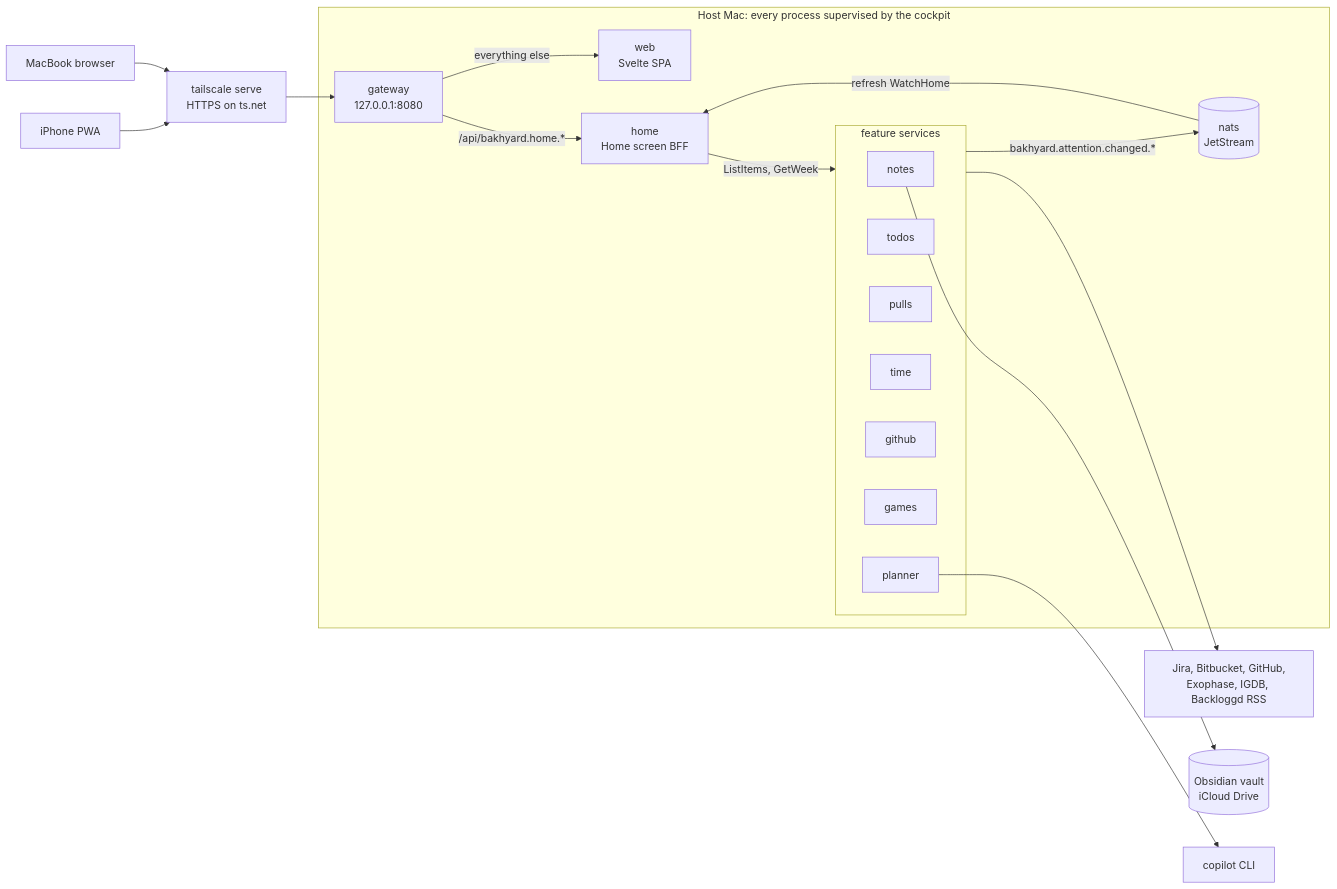
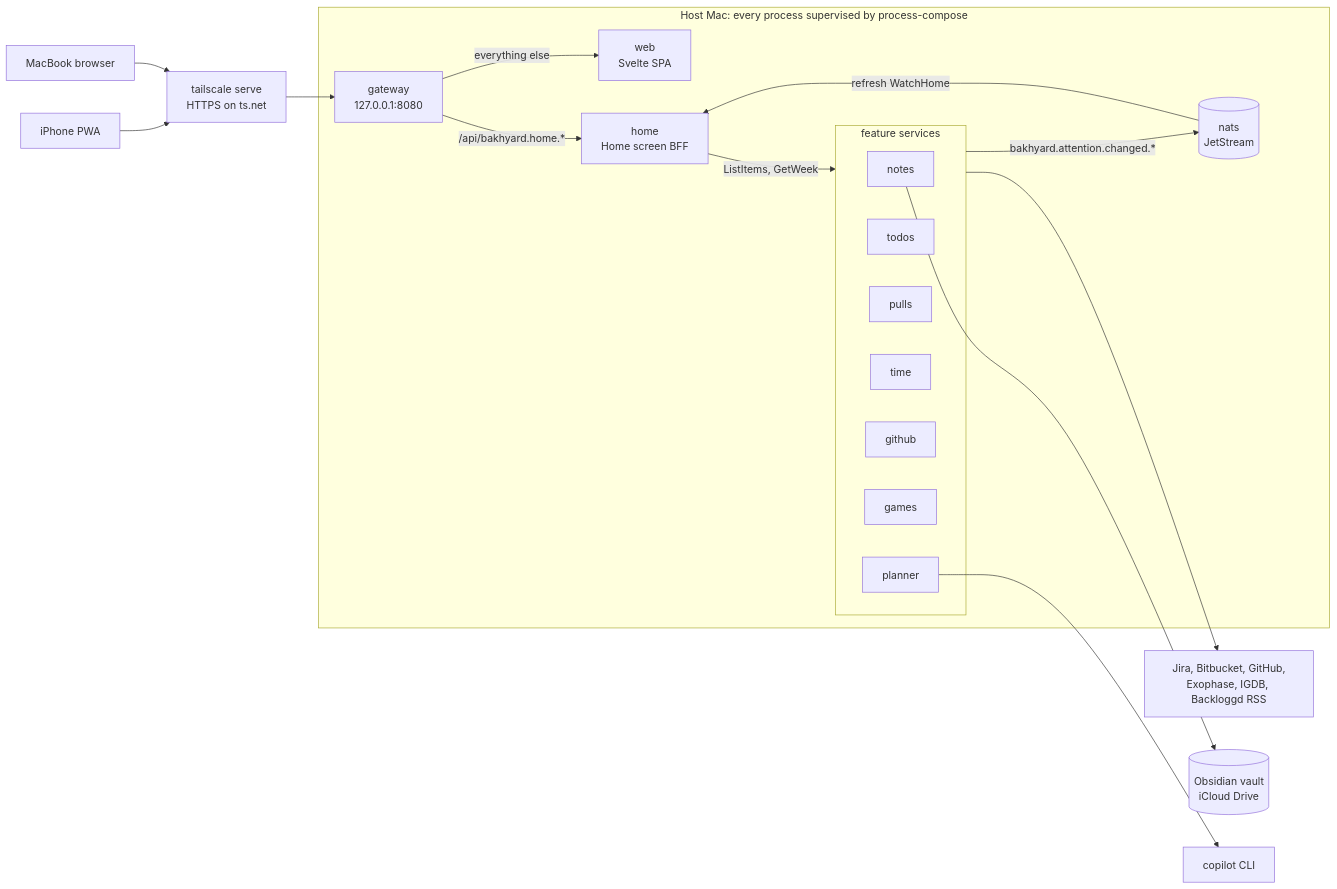
The diagram in docs/plan.md (codedogapp/bakhyard), drawn with Mermaid before and after one commit. The commit also changed other lines of this file and 50 other files, not shown here.

First line of the commit message:
build: run the services with process-compose instead of the cockpit (#36)

````diff
--- a/docs/plan.md
+++ b/docs/plan.md
@@ -207,38 +208,38 @@
 ```mermaid
 flowchart LR
     phone["iPhone PWA"]
     mac["MacBook browser"]
     serve["tailscale serve<br/>HTTPS on ts.net"]
 
-    subgraph host["Host Mac: every process supervised by the cockpit"]
+    subgraph host["Host Mac: every process supervised by process-compose"]
         gateway["gateway<br/>127.0.0.1:8080"]
         web["web<br/>Svelte SPA"]
         home["home<br/>Home screen BFF"]
         nats[("nats<br/>JetStream")]
         subgraph features["feature services"]
             notes["notes"]
             todos["todos"]
             pulls["pulls"]
             timesvc["time"]
             github["github"]
             games["games"]
             planner["planner"]
         end
     end
 
     apis["Jira, Bitbucket, GitHub,<br/>Exophase, IGDB, Backloggd RSS"]
     vault[("Obsidian vault<br/>iCloud Drive")]
     copilot["copilot CLI"]
 
     phone --> serve
     mac --> serve
     serve --> gateway
     gateway -->|"/api/bakhyard.home.*"| home
     gateway -->|"everything else"| web
     home -->|"ListItems, GetWeek"| features
     features -->|"bakhyard.attention.changed.*"| nats
     nats -->|"refresh WatchHome"| home
     features --> apis
     notes --> vault
     planner --> copilot
 ```
````
